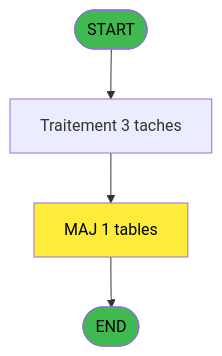
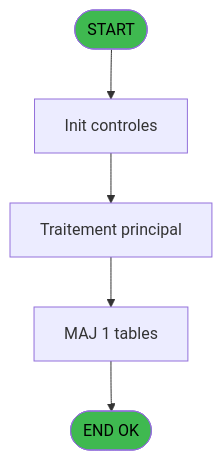
One commit to thonyAGP/lecteur-magic changed the first of 3 diagrams in .openspec/specs/ADH-IDE-35.md. Above: the diagram before and after it, drawn with Mermaid. The commit also changed other lines of this file and 493 other files, not shown here.

````diff
--- a/.openspec/specs/ADH-IDE-35.md
+++ b/.openspec/specs/ADH-IDE-35.md
@@ -85,11 +96,14 @@
 ```mermaid
 flowchart TD
     START([START])
-    PROCESS[Traitement 3 taches]
-    WRITE[MAJ 1 tables]
-    START --> PROCESS --> WRITE --> ENDOK
-    ENDOK([END])
+    INIT[Init controles]
+    SAISIE[Traitement principal]
+    UPDATE[MAJ 1 tables]
+    ENDOK([END OK])
+
+    START --> INIT --> SAISIE
+    SAISIE --> UPDATE --> ENDOK
+
     style START fill:#3fb950,color:#000
     style ENDOK fill:#3fb950,color:#000
-    style WRITE fill:#ffeb3b,color:#000
 ```
````
